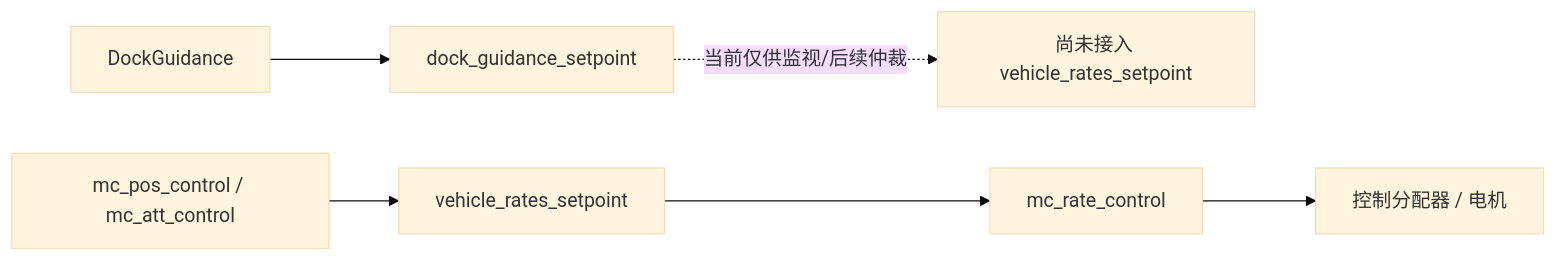
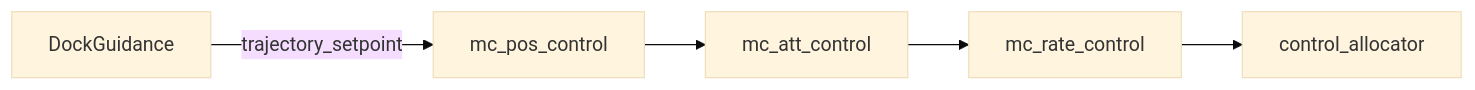
The fourth of 4 diagrams in docs/DockGuidance_代码逻辑流程图.md (qikai820/px4-autopilot), drawn with Mermaid (base theme) before and after one commit. The commit also changed other lines of this file and 5 other files, not shown here.

Commit message:
dock_guidance: add image tracking and camera servo

````diff
--- a/docs/DockGuidance_代码逻辑流程图.md
+++ b/docs/DockGuidance_代码逻辑流程图.md
@@ -55,8 +107,7 @@
 ```mermaid
 flowchart LR
-    A[DockGuidance] --> B[dock_guidance_setpoint]
-    B -. 当前仅供监视/后续仲裁 .-> C[尚未接入 vehicle_rates_setpoint]
-    D[mc_pos_control / mc_att_control] --> E[vehicle_rates_setpoint]
-    E --> F[mc_rate_control]
-    F --> G[控制分配器 / 电机]
+    D[DockGuidance] -->|trajectory_setpoint| P[mc_pos_control]
+    P --> A[mc_att_control]
+    A --> R[mc_rate_control]
+    R --> C[control_allocator]
 ```
````
